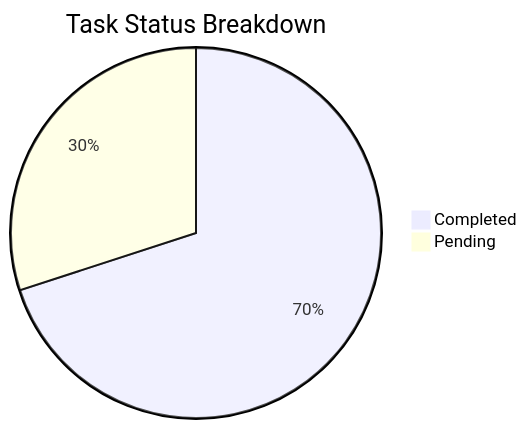
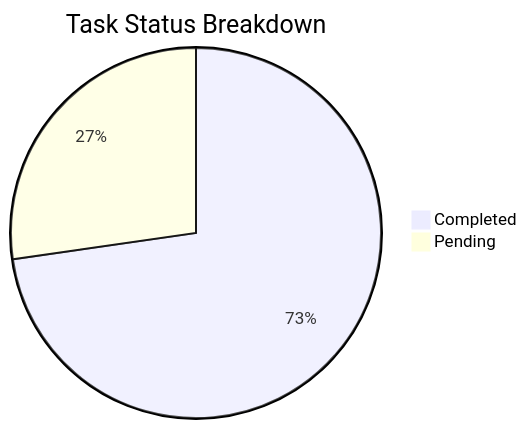
The first of 2 diagrams in KUD/Analytics.md (sagarms97/MyWorkDairy), drawn with Mermaid before and after one commit. The commit also changed other lines of this file and 6 other files, not shown here.

````diff
--- a/KUD/Analytics.md
+++ b/KUD/Analytics.md
@@ -12,5 +12,5 @@
 ```mermaid
 pie title Task Status Breakdown
-    "Completed" : 7
+    "Completed" : 8
     "Pending" : 3
 ```
````
